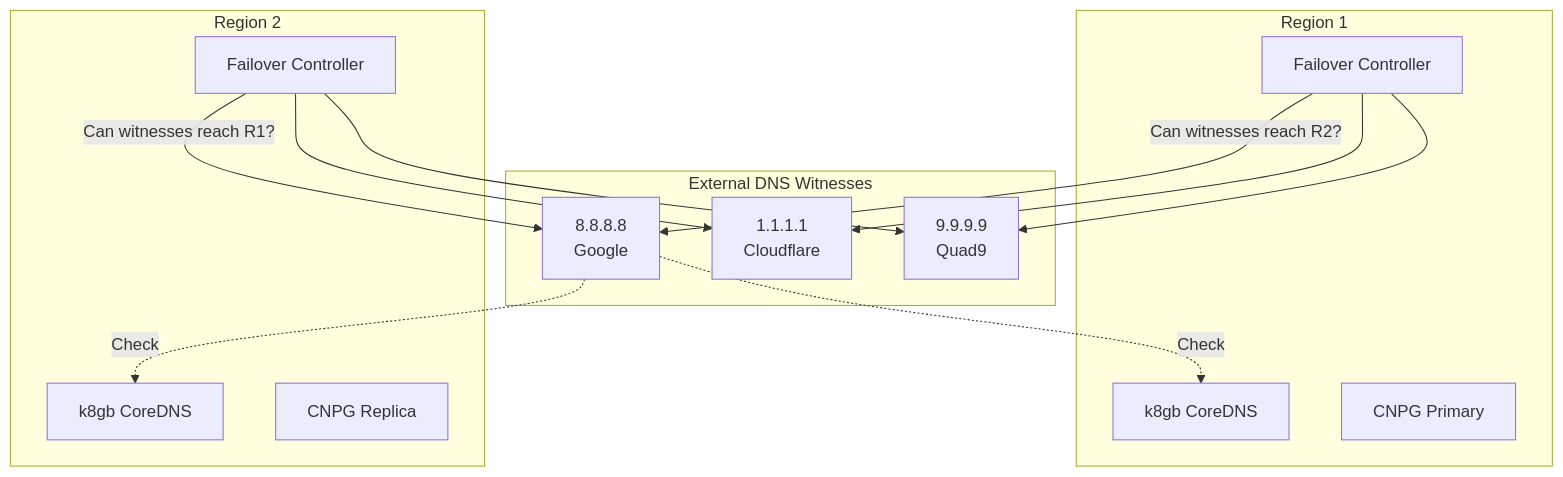
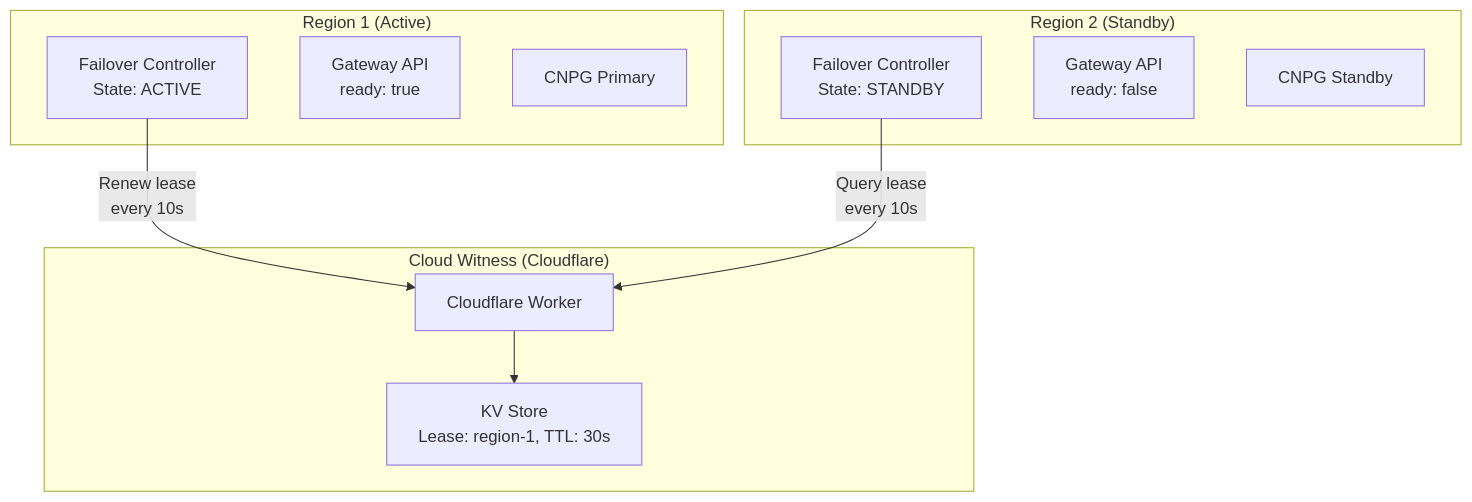
Before and after one commit to openova-io/handbook: the first of 2 diagrams in docs/specs/SPEC-SPLIT-BRAIN-PROTECTION.md, drawn with Mermaid. The commit also changed other lines of this file and 11 other files, not shown here.

First line of the commit message:
docs: update split-brain protection to cloud witness approach

````diff
--- a/docs/specs/SPEC-SPLIT-BRAIN-PROTECTION.md
+++ b/docs/specs/SPEC-SPLIT-BRAIN-PROTECTION.md
@@ -23,31 +48,23 @@
 ```mermaid
 flowchart TB
-    subgraph Witnesses["External DNS Witnesses"]
-        DNS1[8.8.8.8<br/>Google]
-        DNS2[1.1.1.1<br/>Cloudflare]
-        DNS3[9.9.9.9<br/>Quad9]
+    subgraph Witness["Cloud Witness (Cloudflare)"]
+        Worker[Cloudflare Worker]
+        KV[KV Store<br/>Lease: region-1, TTL: 30s]
     end
 
-    subgraph Region1["Region 1"]
-        FC1[Failover Controller]
-        K8GB1[k8gb CoreDNS]
-        CNPG1[CNPG Primary]
+    subgraph Region1["Region 1 (Active)"]
+        FC1[Failover Controller<br/>State: ACTIVE]
+        GW1[Gateway API<br/>ready: true]
+        DB1[CNPG Primary]
     end
 
-    subgraph Region2["Region 2"]
-        FC2[Failover Controller]
-        K8GB2[k8gb CoreDNS]
-        CNPG2[CNPG Replica]
+    subgraph Region2["Region 2 (Standby)"]
+        FC2[Failover Controller<br/>State: STANDBY]
+        GW2[Gateway API<br/>ready: false]
+        DB2[CNPG Standby]
     end
 
-    FC1 -->|"Can witnesses reach R2?"| DNS1
-    FC1 --> DNS2
-    FC1 --> DNS3
-
-    FC2 -->|"Can witnesses reach R1?"| DNS1
-    FC2 --> DNS2
-    FC2 --> DNS3
-
-    DNS1 -.->|"Check"| K8GB1
-    DNS1 -.->|"Check"| K8GB2
+    FC1 -->|"Renew lease<br/>every 10s"| Worker
+    FC2 -->|"Query lease<br/>every 10s"| Worker
+    Worker --> KV
 ```
````
